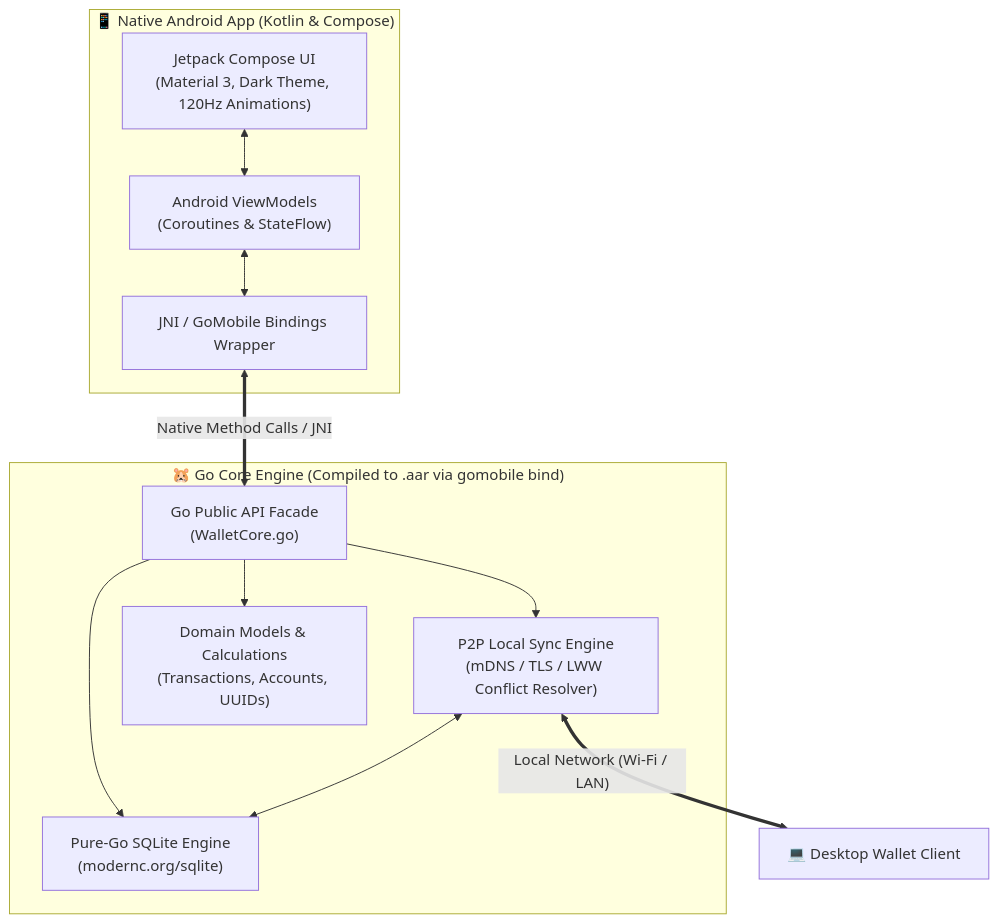
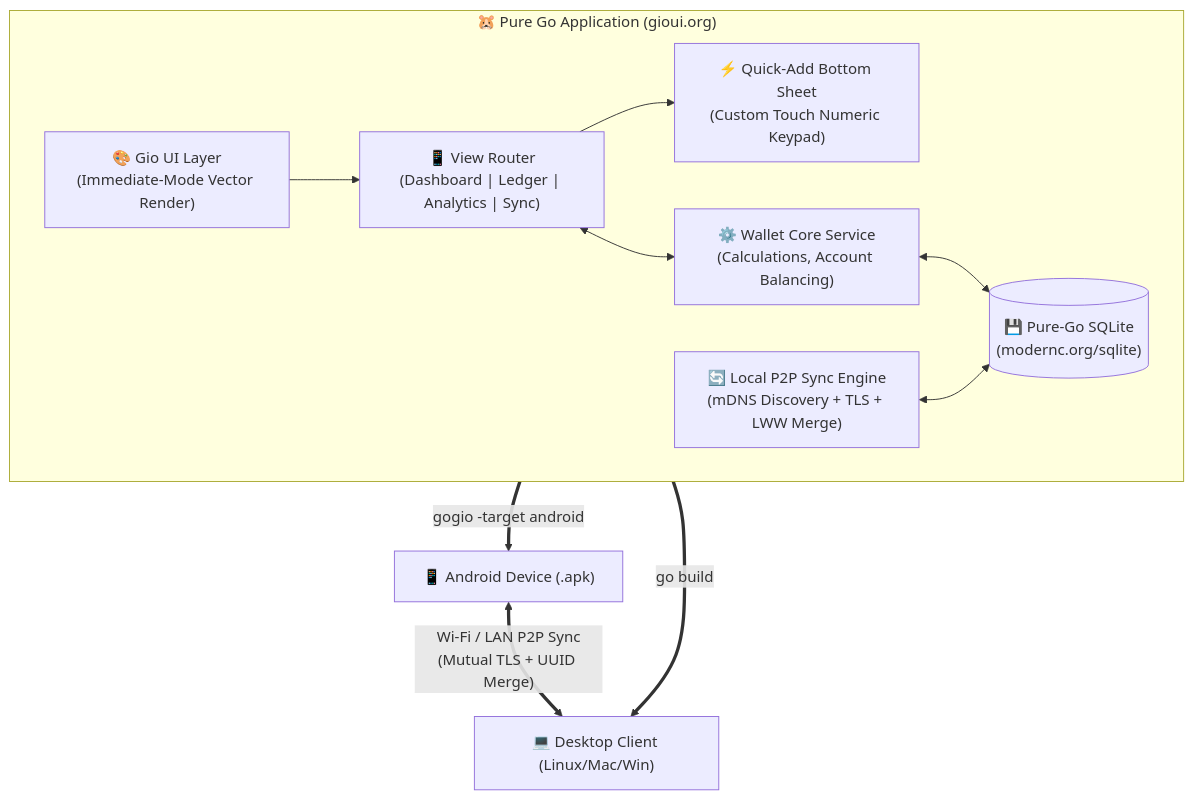
Before and after one commit to shakilnwz/wallet: the first of 2 diagrams in ANDROID_GO_PLAN.md, drawn with Mermaid. The commit also changed other lines of this file, not shown here.

Commit message:
docs: update plan to use pure Go with Gio UI and gogio toolchain

````diff
--- a/ANDROID_GO_PLAN.md
+++ b/ANDROID_GO_PLAN.md
@@ -26,25 +33,25 @@
 ```mermaid
 flowchart TD
-    subgraph AndroidApp["📱 Native Android App (Kotlin & Compose)"]
-        UI["Jetpack Compose UI\n(Material 3, Dark Theme, 120Hz Animations)"]
-        VM["Android ViewModels\n(Coroutines & StateFlow)"]
-        Bridge["JNI / GoMobile Bindings Wrapper"]
-        UI <--> VM
-        VM <--> Bridge
+    subgraph App["🐹 Pure Go Application (gioui.org)"]
+        UI["🎨 Gio UI Layer\n(Immediate-Mode Vector Render)"]
+        Router["📱 View Router\n(Dashboard | Ledger | Analytics | Sync)"]
+        QuickAdd["⚡ Quick-Add Bottom Sheet\n(Custom Touch Numeric Keypad)"]
+        
+        UI --> Router
+        Router --> QuickAdd
+        
+        Service["⚙️ Wallet Core Service\n(Calculations, Account Balancing)"]
+        Router <--> Service
+        
+        DB[("💾 Pure-Go SQLite\n(modernc.org/sqlite)")]
+        Service <--> DB
+        
+        Sync["🔄 Local P2P Sync Engine\n(mDNS Discovery + TLS + LWW Merge)"]
+        Sync <--> DB
     end
 
-    subgraph GoCore["🐹 Go Core Engine (Compiled to .aar via gomobile bind)"]
-        GoAPI["Go Public API Facade\n(WalletCore.go)"]
-        SQLiteEngine["Pure-Go SQLite Engine\n(modernc.org/sqlite)"]
-        SyncEngine["P2P Local Sync Engine\n(mDNS / TLS / LWW Conflict Resolver)"]
-        Models["Domain Models & Calculations\n(Transactions, Accounts, UUIDs)"]
-        
-        GoAPI --> Models
-        GoAPI --> SQLiteEngine
-        GoAPI --> SyncEngine
-        SyncEngine <--> SQLiteEngine
-    end
-
-    Bridge <== "Native Method Calls / JNI" ==> GoAPI
-    SyncEngine <== "Local Network (Wi-Fi / LAN)" ==> DesktopPeer["💻 Desktop Wallet Client"]
+    App == "gogio -target android" ==> APK["📱 Android Device (.apk)"]
+    App == "go build" ==> Desktop["💻 Desktop Client (Linux/Mac/Win)"]
+    
+    APK <== "Wi-Fi / LAN P2P Sync\n(Mutual TLS + UUID Merge)" ==> Desktop
 ```
````
